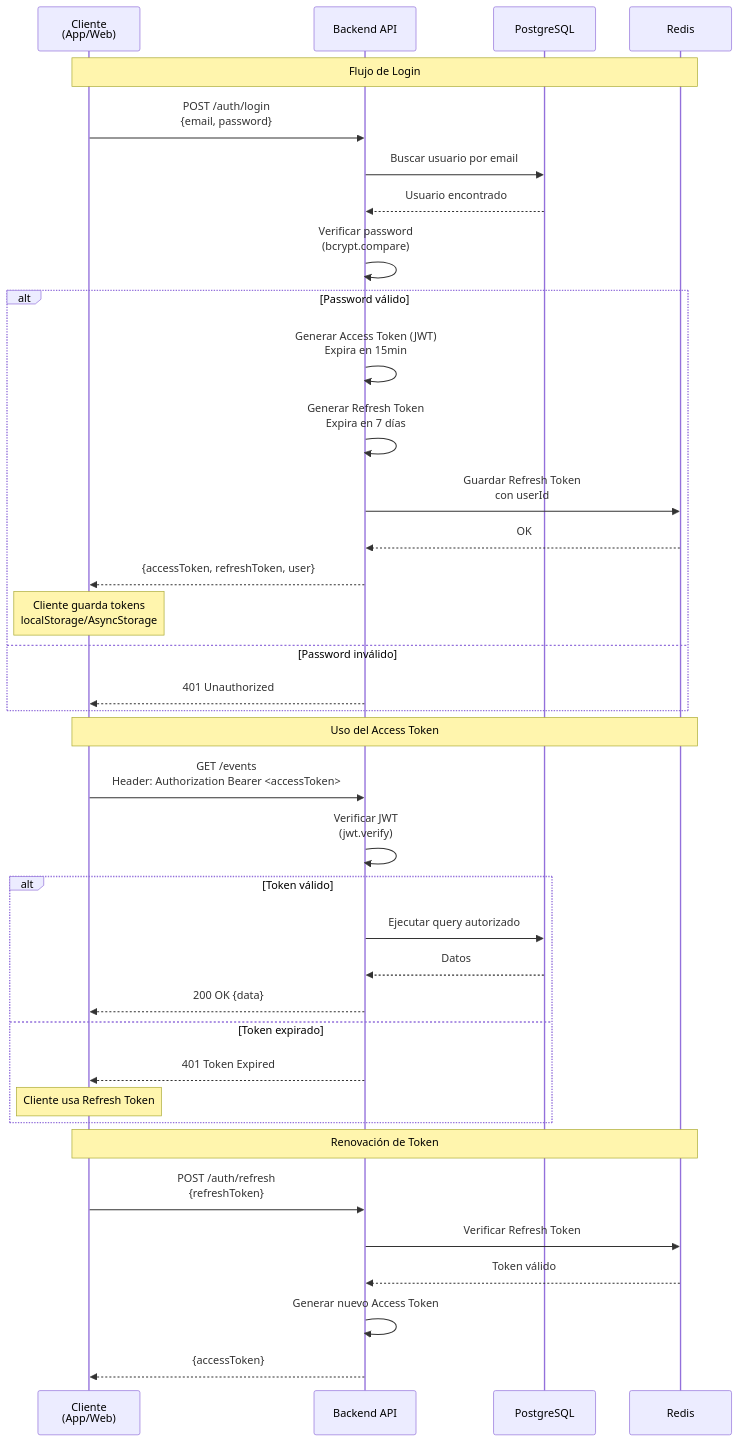
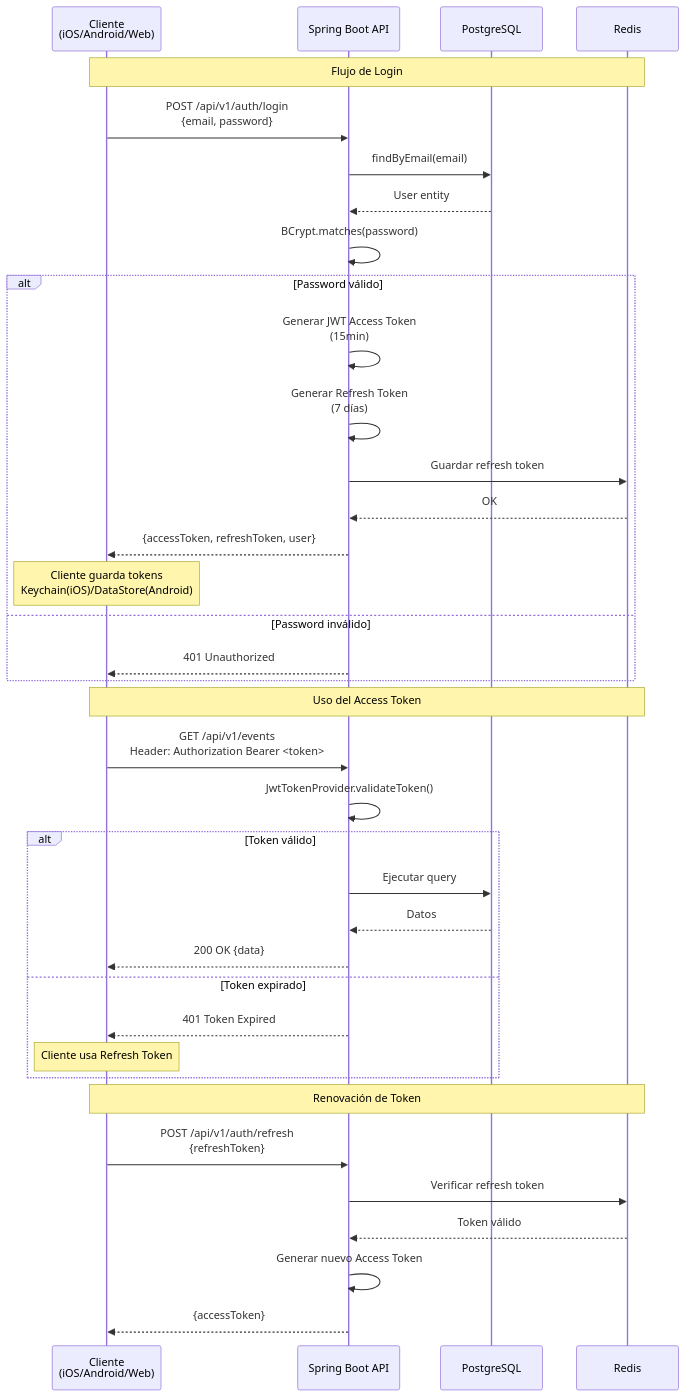
Before and after one commit to juansuarez-pragma/amigusto_doc: the sixth of 12 diagrams in DIAGRAMAS.md, drawn with Mermaid. The commit also changed other lines of this file and 2 other files, not shown here.

````diff
--- a/DIAGRAMAS.md
+++ b/DIAGRAMAS.md
@@ -271,48 +279,48 @@
 ```mermaid
 sequenceDiagram
-    participant C as Cliente<br/>(App/Web)
-    participant API as Backend API
+    participant C as Cliente<br/>(iOS/Android/Web)
+    participant API as Spring Boot API
     participant DB as PostgreSQL
     participant R as Redis
 
     Note over C,R: Flujo de Login
 
-    C->>API: POST /auth/login<br/>{email, password}
-    API->>DB: Buscar usuario por email
-    DB-->>API: Usuario encontrado
-    API->>API: Verificar password<br/>(bcrypt.compare)
+    C->>API: POST /api/v1/auth/login<br/>{email, password}
+    API->>DB: findByEmail(email)
+    DB-->>API: User entity
+    API->>API: BCrypt.matches(password)
 
     alt Password válido
-        API->>API: Generar Access Token (JWT)<br/>Expira en 15min
-        API->>API: Generar Refresh Token<br/>Expira en 7 días
-        API->>R: Guardar Refresh Token<br/>con userId
+        API->>API: Generar JWT Access Token<br/>(15min)
+        API->>API: Generar Refresh Token<br/>(7 días)
+        API->>R: Guardar refresh token
         R-->>API: OK
         API-->>C: {accessToken, refreshToken, user}
 
-        Note over C: Cliente guarda tokens<br/>localStorage/AsyncStorage
+        Note over C: Cliente guarda tokens<br/>Keychain(iOS)/DataStore(Android)
     else Password inválido
         API-->>C: 401 Unauthorized
     end
 
     Note over C,R: Uso del Access Token
 
-    C->>API: GET /events<br/>Header: Authorization Bearer <accessToken>
-    API->>API: Verificar JWT<br/>(jwt.verify)
+    C->>API: GET /api/v1/events<br/>Header: Authorization Bearer <token>
+    API->>API: JwtTokenProvider.validateToken()
 
     alt Token válido
-        API->>DB: Ejecutar query autorizado
+        API->>DB: Ejecutar query
         DB-->>API: Datos
         API-->>C: 200 OK {data}
     else Token expirado
         API-->>C: 401 Token Expired
         Note over C: Cliente usa Refresh Token
     end
 
     Note over C,R: Renovación de Token
 
-    C->>API: POST /auth/refresh<br/>{refreshToken}
-    API->>R: Verificar Refresh Token
+    C->>API: POST /api/v1/auth/refresh<br/>{refreshToken}
+    API->>R: Verificar refresh token
     R-->>API: Token válido
     API->>API: Generar nuevo Access Token
     API-->>C: {accessToken}
 ```
````
